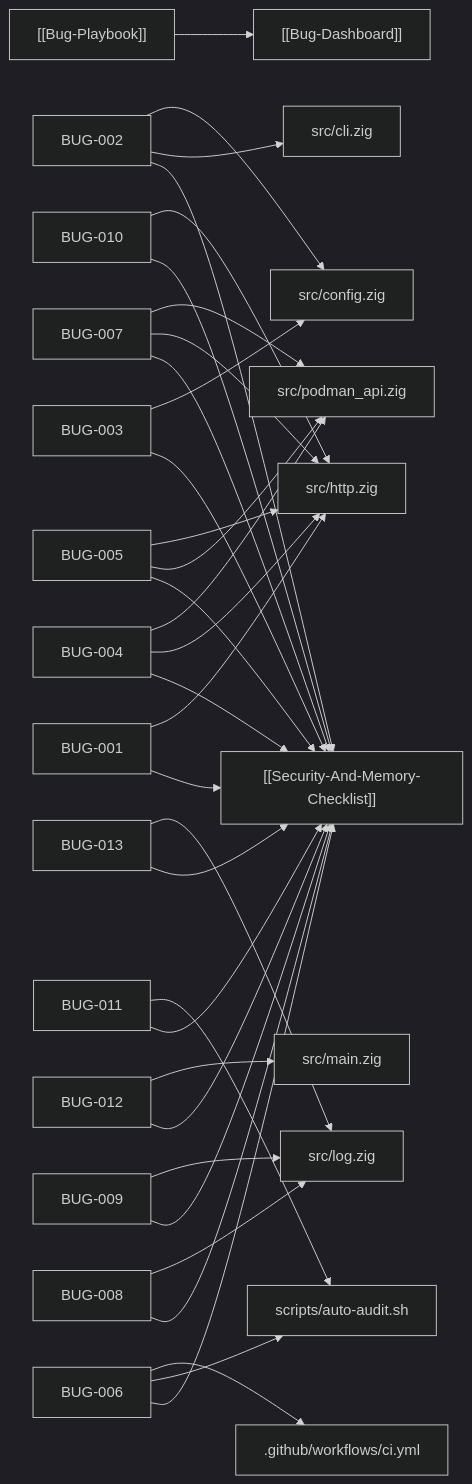
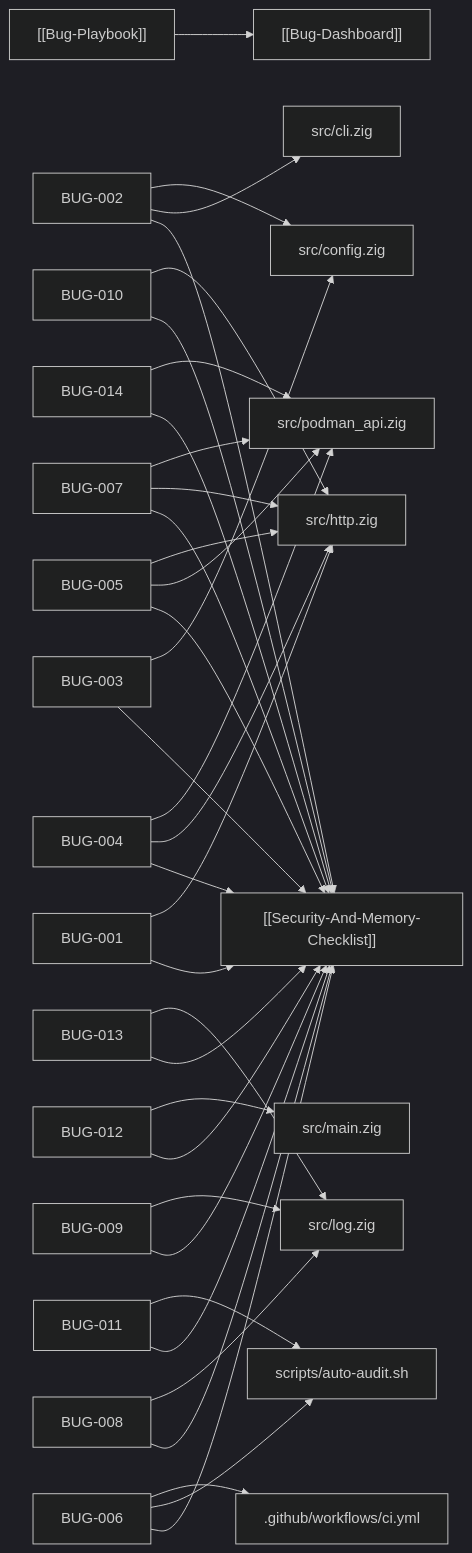
Before and after one commit to srayuth202510-byte/zigpodza: the diagram in docs/vault/Bug-Dashboard.md, drawn with Mermaid (dark theme). The commit also changed other lines of this file and 12 other files, not shown here.

````diff
--- a/docs/vault/Bug-Dashboard.md
+++ b/docs/vault/Bug-Dashboard.md
@@ -29,35 +29,37 @@
 ```mermaid
 flowchart LR
     PLAYBOOK["[[Bug-Playbook]]"] --> DASH["[[Bug-Dashboard]]"]
     BUG001["BUG-001"] --> SEC["[[Security-And-Memory-Checklist]]"]
     BUG001 --> src_http_zig["src/http.zig"]
     BUG002["BUG-002"] --> SEC["[[Security-And-Memory-Checklist]]"]
     BUG002 --> src_cli_zig["src/cli.zig"]
     BUG002 --> src_config_zig["src/config.zig"]
     BUG003["BUG-003"] --> SEC["[[Security-And-Memory-Checklist]]"]
     BUG003 --> src_config_zig["src/config.zig"]
     BUG004["BUG-004"] --> SEC["[[Security-And-Memory-Checklist]]"]
     BUG004 --> src_http_zig["src/http.zig"]
     BUG004 --> src_podman_api_zig["src/podman_api.zig"]
     BUG005["BUG-005"] --> SEC["[[Security-And-Memory-Checklist]]"]
     BUG005 --> src_podman_api_zig["src/podman_api.zig"]
     BUG005 --> src_http_zig["src/http.zig"]
     BUG006["BUG-006"] --> SEC["[[Security-And-Memory-Checklist]]"]
     BUG006 --> scripts_auto_audit_sh["scripts/auto-audit.sh"]
     BUG006 --> _github_workflows_ci_yml[".github/workflows/ci.yml"]
     BUG007["BUG-007"] --> SEC["[[Security-And-Memory-Checklist]]"]
     BUG007 --> src_http_zig["src/http.zig"]
     BUG007 --> src_podman_api_zig["src/podman_api.zig"]
     BUG008["BUG-008"] --> SEC["[[Security-And-Memory-Checklist]]"]
     BUG008 --> src_log_zig["src/log.zig"]
     BUG009["BUG-009"] --> SEC["[[Security-And-Memory-Checklist]]"]
     BUG009 --> src_log_zig["src/log.zig"]
     BUG010["BUG-010"] --> SEC["[[Security-And-Memory-Checklist]]"]
     BUG010 --> src_http_zig["src/http.zig"]
     BUG011["BUG-011"] --> SEC["[[Security-And-Memory-Checklist]]"]
     BUG011 --> scripts_auto_audit_sh["scripts/auto-audit.sh"]
     BUG012["BUG-012"] --> SEC["[[Security-And-Memory-Checklist]]"]
     BUG012 --> src_main_zig["src/main.zig"]
     BUG013["BUG-013"] --> SEC["[[Security-And-Memory-Checklist]]"]
     BUG013 --> src_log_zig["src/log.zig"]
+    BUG014["BUG-014"] --> SEC["[[Security-And-Memory-Checklist]]"]
+    BUG014 --> src_podman_api_zig["src/podman_api.zig"]
 ```
````
